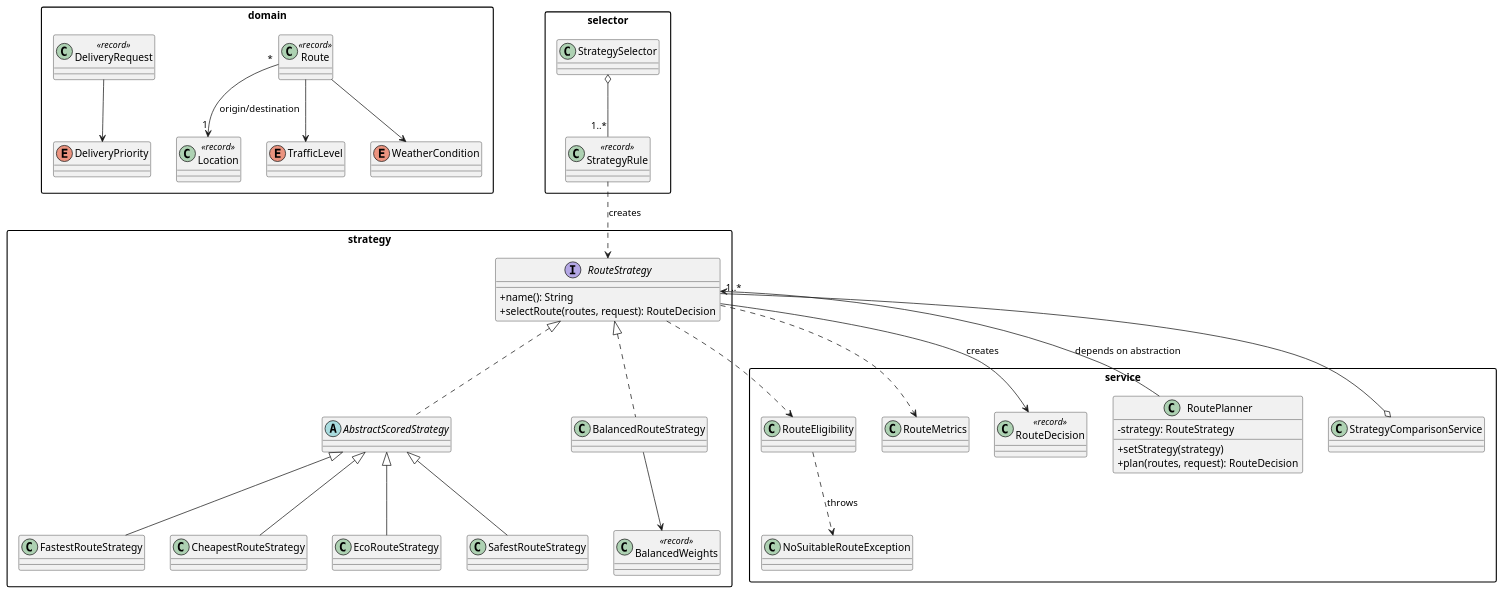
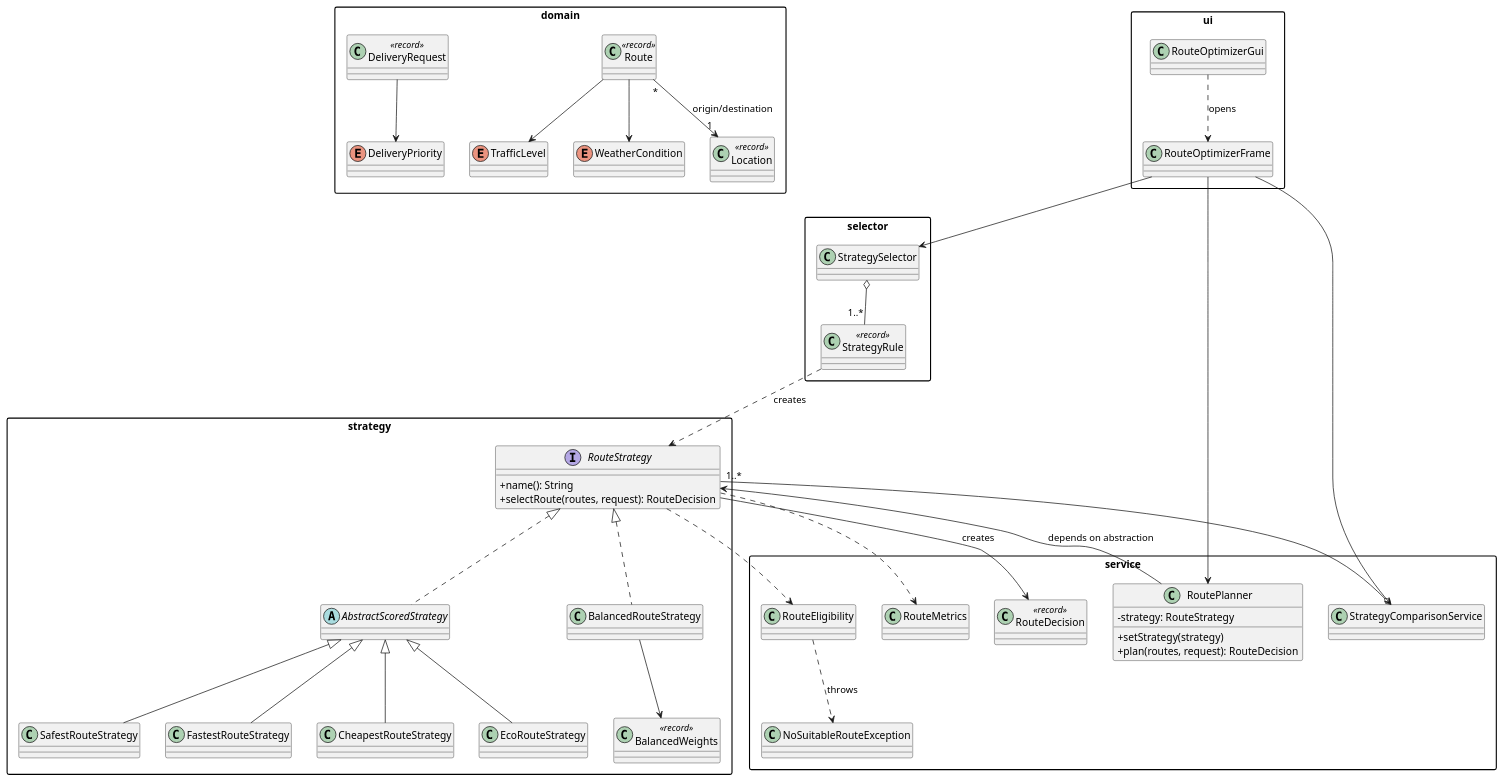
The diagram in docs/class-diagram.puml (Nursultan-aitu/SDP_Assignment5_Nursultan_Malgazhdar_SE2516), drawn with PlantUML before and after one commit. The commit also changed 4 other files, not shown here.

```diff
--- a/docs/class-diagram.puml
+++ b/docs/class-diagram.puml
@@ -1,67 +1,76 @@
 @startuml
 skinparam classAttributeIconSize 0
 skinparam packageStyle rectangle
 
 package domain {
   class Location <<record>>
   class Route <<record>>
   class DeliveryRequest <<record>>
   enum DeliveryPriority
   enum TrafficLevel
   enum WeatherCondition
 }
 
 package strategy {
   interface RouteStrategy {
     +name(): String
     +selectRoute(routes, request): RouteDecision
   }
   abstract class AbstractScoredStrategy
   class FastestRouteStrategy
   class CheapestRouteStrategy
   class EcoRouteStrategy
   class BalancedRouteStrategy
   class SafestRouteStrategy
   class BalancedWeights <<record>>
 }
 
 package service {
   class RoutePlanner {
     -strategy: RouteStrategy
     +setStrategy(strategy)
     +plan(routes, request): RouteDecision
   }
   class RouteEligibility
   class RouteMetrics
   class RouteDecision <<record>>
   class StrategyComparisonService
   class NoSuitableRouteException
 }
 
 package selector {
   class StrategySelector
   class StrategyRule <<record>>
 }
 
+package ui {
+  class RouteOptimizerGui
+  class RouteOptimizerFrame
+}
+
 Route "*" --> "1" Location : origin/destination
 Route --> TrafficLevel
 Route --> WeatherCondition
 DeliveryRequest --> DeliveryPriority
 
 RouteStrategy <|.. AbstractScoredStrategy
 AbstractScoredStrategy <|-- FastestRouteStrategy
 AbstractScoredStrategy <|-- CheapestRouteStrategy
 AbstractScoredStrategy <|-- EcoRouteStrategy
 AbstractScoredStrategy <|-- SafestRouteStrategy
 RouteStrategy <|.. BalancedRouteStrategy
 BalancedRouteStrategy --> BalancedWeights
 
 RoutePlanner --> RouteStrategy : depends on abstraction
 RouteStrategy ..> RouteEligibility
 RouteStrategy ..> RouteMetrics
 RouteStrategy --> RouteDecision : creates
 RouteEligibility ..> NoSuitableRouteException : throws
 StrategyComparisonService o-- "1..*" RouteStrategy
 StrategySelector o-- "1..*" StrategyRule
 StrategyRule ..> RouteStrategy : creates
+RouteOptimizerGui ..> RouteOptimizerFrame : opens
+RouteOptimizerFrame --> StrategySelector
+RouteOptimizerFrame --> RoutePlanner
+RouteOptimizerFrame --> StrategyComparisonService
 @enduml
```
